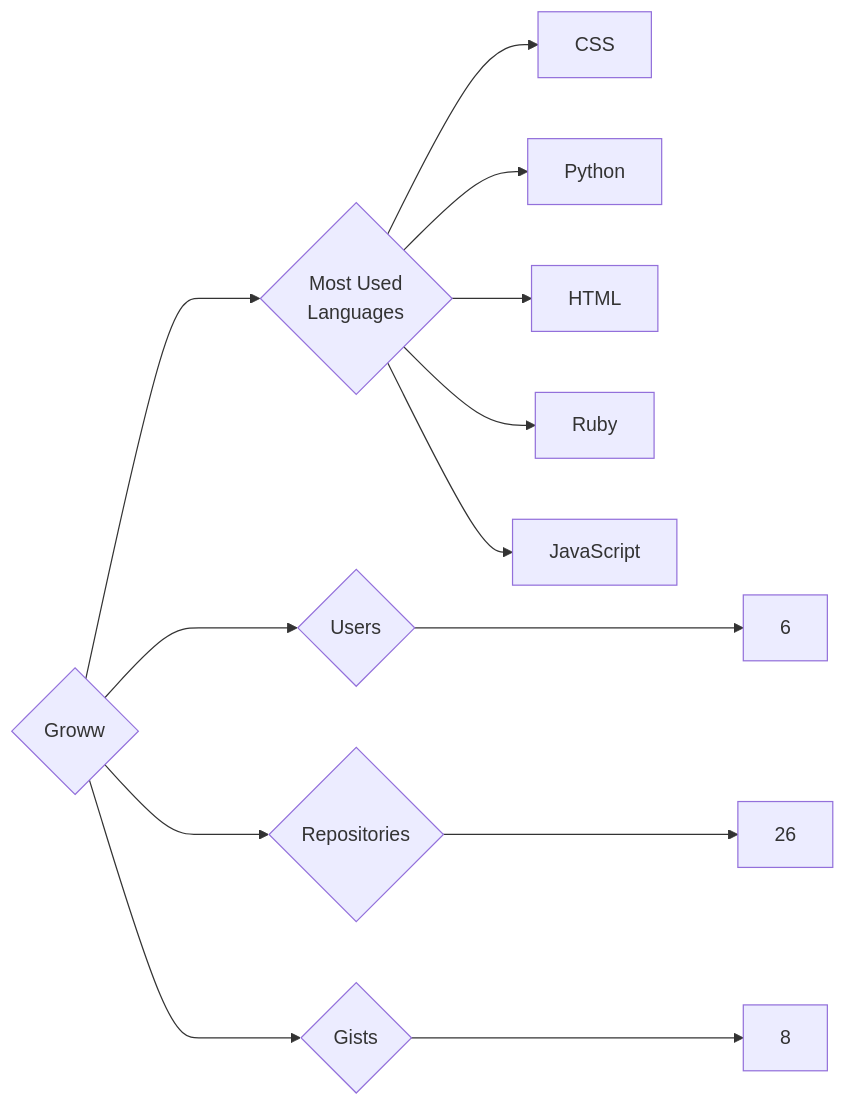
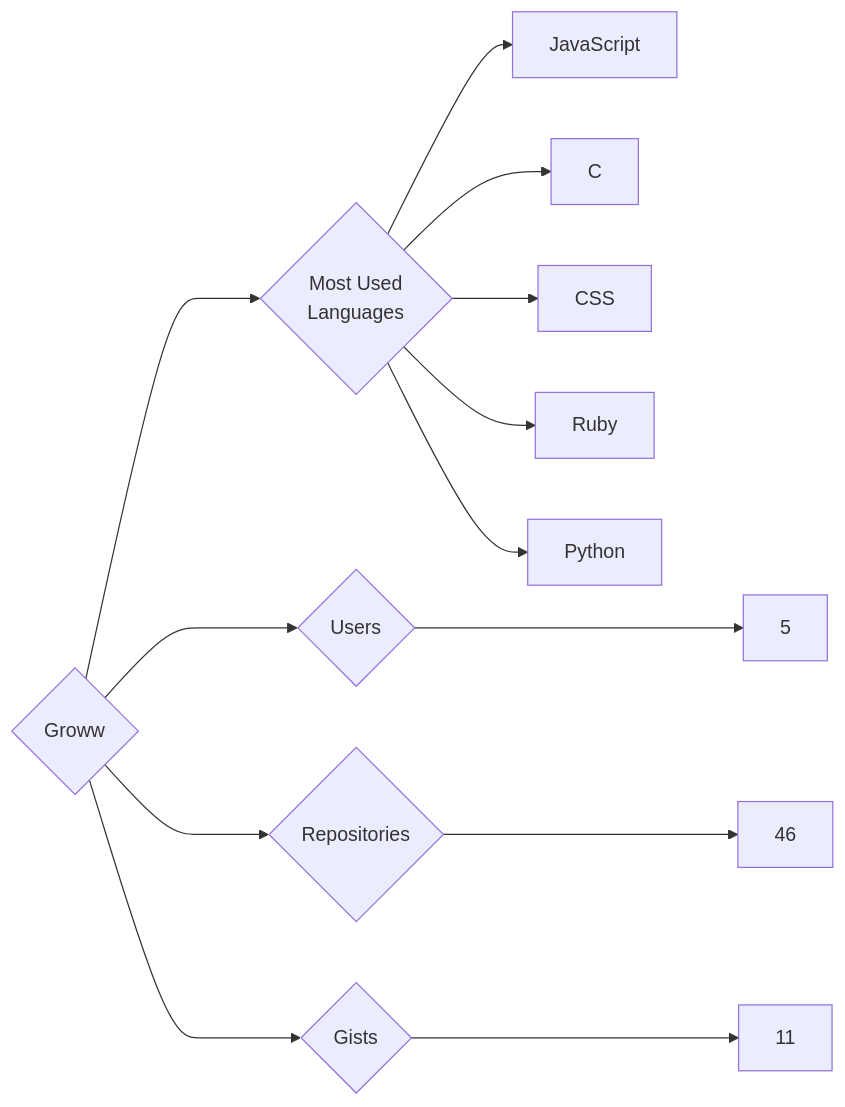
One commit to trickest/insiders changed the diagram in targets/Groww/README.md. Above: the diagram before and after it, drawn with Mermaid. The commit also changed 859 other files, not shown here.

````diff
--- a/targets/Groww/README.md
+++ b/targets/Groww/README.md
@@ -3,13 +3,13 @@
 ```mermaid
 graph LR
 COMPANY_NAME{Groww}
-COMPANY_NAME ---> U{Users} ---> UN[6]
-COMPANY_NAME ---> R{Repositories} ---> RN[26]
-COMPANY_NAME ---> G{Gists} ---> GN[8]
+COMPANY_NAME ---> U{Users} ---> UN[5]
+COMPANY_NAME ---> R{Repositories} ---> RN[46]
+COMPANY_NAME ---> G{Gists} ---> GN[11]
 COMPANY_NAME ---> ML{Most Used<br>Languages}
+ML --> JavaScript[JavaScript]
+ML --> C[C]
 ML --> CSS[CSS]
+ML --> Ruby[Ruby]
 ML --> Python[Python]
-ML --> HTML[HTML]
-ML --> Ruby[Ruby]
-ML --> JavaScript[JavaScript]
 ```
````
